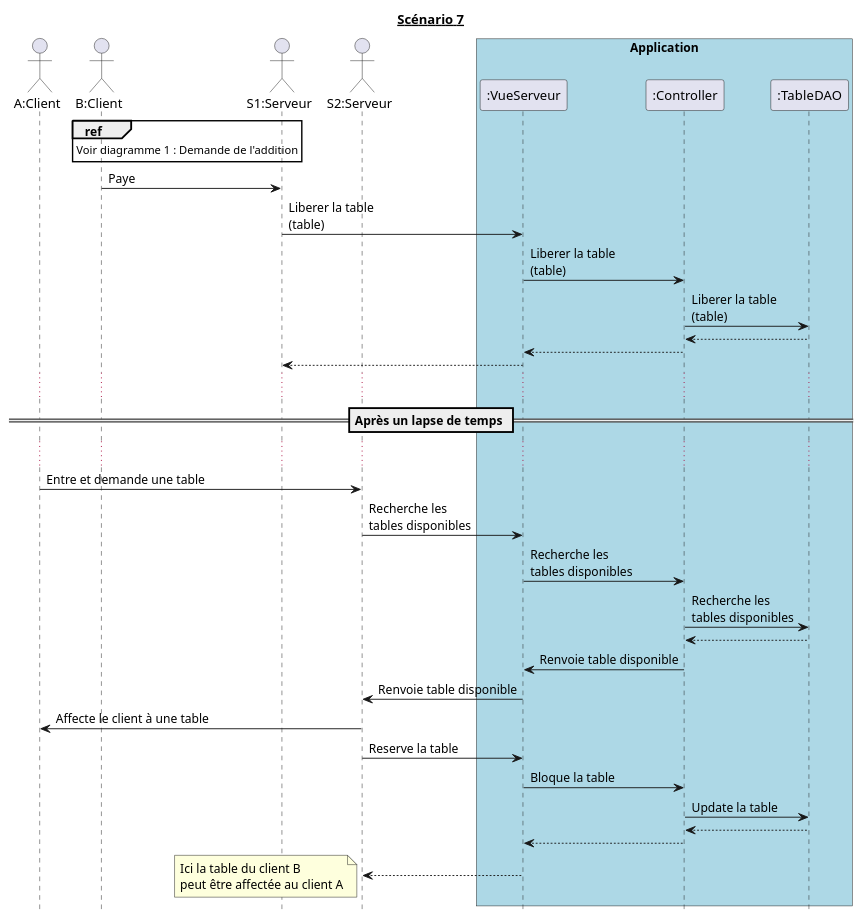
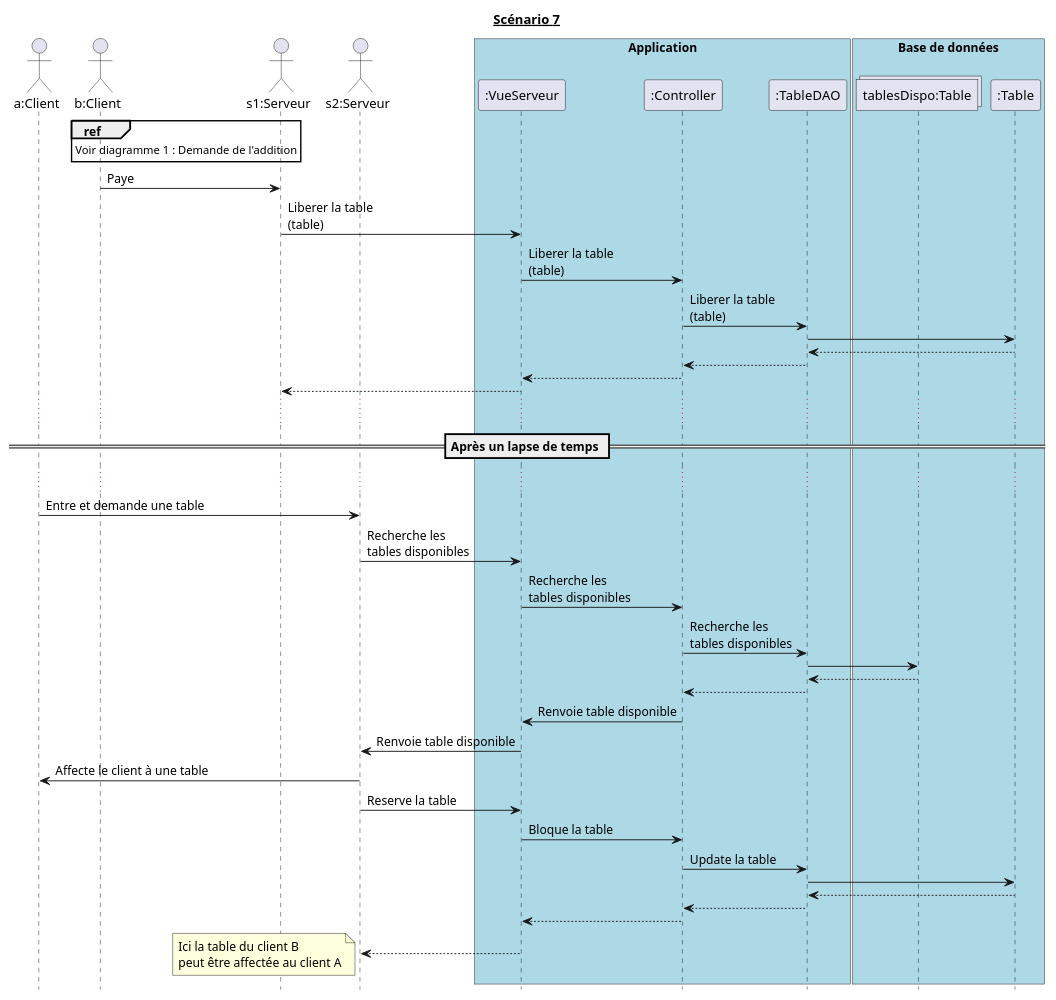
The diagram in diagrammes_sequences_detailles/dss7.md (hulskenA/GL-Les_seigneurs_du_resto), drawn with PlantUML before and after one commit. The commit also changed 7 other files, not shown here.

````diff
--- a/diagrammes_sequences_detailles/dss7.md
+++ b/diagrammes_sequences_detailles/dss7.md
@@ -1,52 +1,63 @@
 ```puml
 @startuml
 hide footbox
 title __Scénario 7__
 
-actor "A:Client" as ClientA order 10
-actor "B:Client" as ClientB order 20
+actor "a:Client" as ClientA order 10
+actor "b:Client" as ClientB order 20
 
-actor "S1:Serveur" as Serveur1 order 30
-actor "S2:Serveur" as Serveur2 order 40
+actor "s1:Serveur" as Serveur1 order 30
+actor "s2:Serveur" as Serveur2 order 40
 
 box "Application" #Lightblue
     participant ":VueServeur" as VueServeur order 50
     participant ":Controller" as Controller order 60
     participant ":TableDAO" as TableDAO order 70
+endbox
+
+box "Base de données" #Lightblue
+  collections "tablesDispo:Table" as TableDispo order 80
+  participant ":Table" as Table order 90
 endbox
 
 ref over ClientB
   Voir diagramme 1 : Demande de l'addition
 end
 
 ClientB -> Serveur1 : Paye
 Serveur1 -> VueServeur : Liberer la table\n(table)
 VueServeur -> Controller : Liberer la table\n(table)
 Controller -> TableDAO : Liberer la table\n(table)
+TableDAO -> Table
+TableDAO <-- Table
 Controller <-- TableDAO
 Controller --> VueServeur
 VueServeur --> Serveur1
 
 ...
 == Après un lapse de temps ==
 ...
 
 ClientA -> Serveur2 : Entre et demande une table
 Serveur2 -> VueServeur : Recherche les\ntables disponibles
 VueServeur -> Controller : Recherche les\ntables disponibles
 Controller -> TableDAO : Recherche les\ntables disponibles
+TableDAO -> TableDispo
+TableDAO <-- TableDispo
 Controller <-- TableDAO
 VueServeur <- Controller : Renvoie table disponible
 Serveur2 <- VueServeur : Renvoie table disponible
 Serveur2 -> ClientA : Affecte le client à une table
 
 Serveur2 -> VueServeur : Reserve la table
 VueServeur -> Controller : Bloque la table
 Controller -> TableDAO : Update la table
+TableDAO -> Table
+TableDAO <-- Table
 Controller <-- TableDAO
 Controller --> VueServeur
 VueServeur --> Serveur2
 note left : Ici la table du client B\npeut être affectée au client A
 
 @enduml
 ```
````
